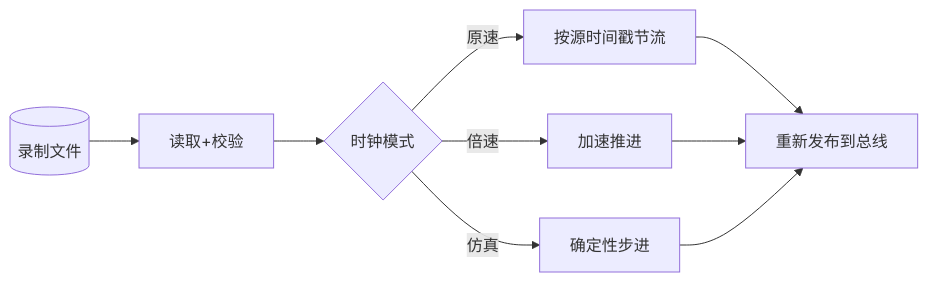
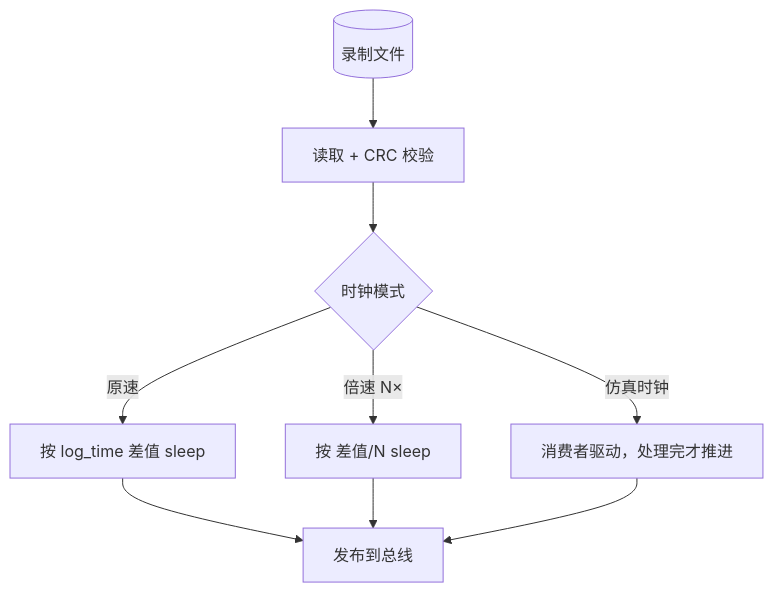
Before and after one commit to cavemancave/mw-study: the fifth of 7 diagrams in docs/chapter8.md, drawn with Mermaid. The commit also changed other lines of this file and 4 other files, not shown here.

````diff
--- a/docs/chapter8.md
+++ b/docs/chapter8.md
@@ -122,8 +980,10 @@
 ```mermaid
-flowchart LR
-    FILE[(录制文件)] --> RD[读取+校验] --> CLK{时钟模式}
-    CLK -->|原速| RT[按源时间戳节流]
-    CLK -->|倍速| FAST[加速推进]
-    CLK -->|仿真| SIM[确定性步进]
-    RT & FAST & SIM --> PUB[重新发布到总线]
+flowchart TB
+    F[("录制文件")] --> RD["读取 + CRC 校验"]
+    RD --> MODE{"时钟模式"}
+    MODE -->|"原速"| RT["按 log_time 差值 sleep"]
+    MODE -->|"倍速 N×"| FAST["按 差值/N sleep"]
+    MODE -->|"仿真时钟"| SIM["消费者驱动，处理完才推进"]
+    RT & FAST --> PUB["发布到总线"]
+    SIM --> PUB
 ```
````
